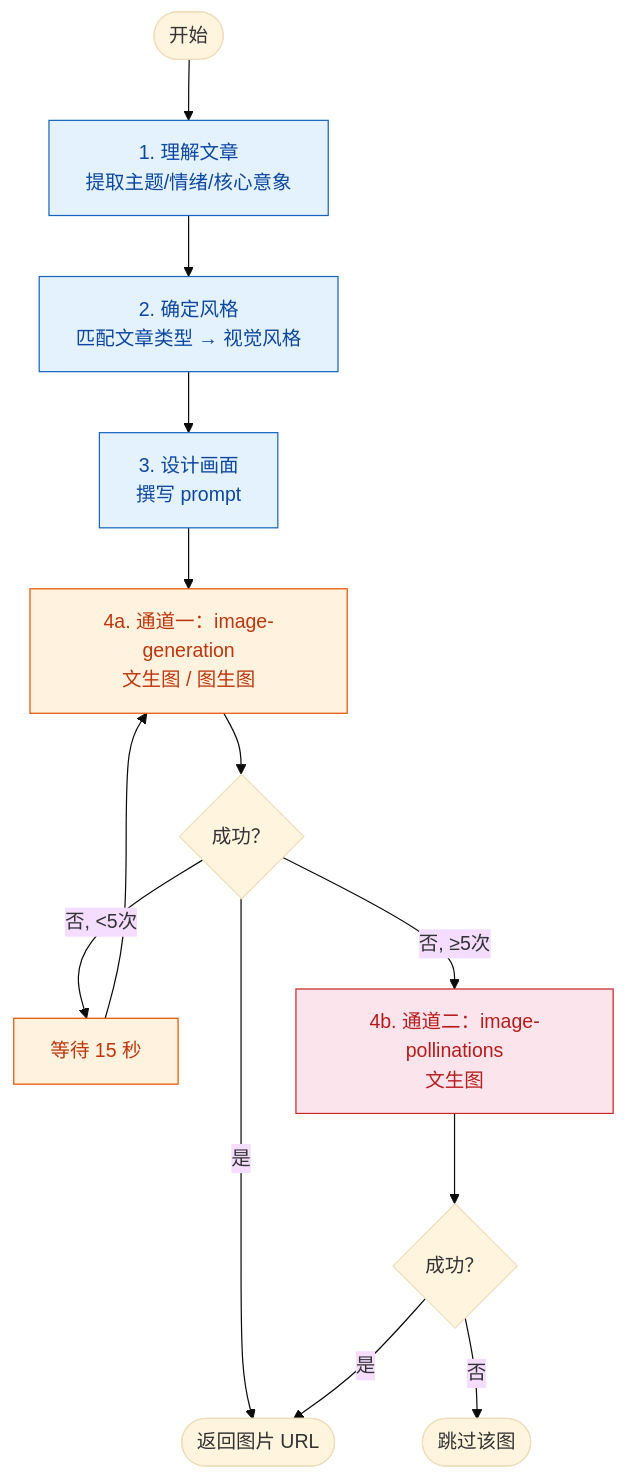
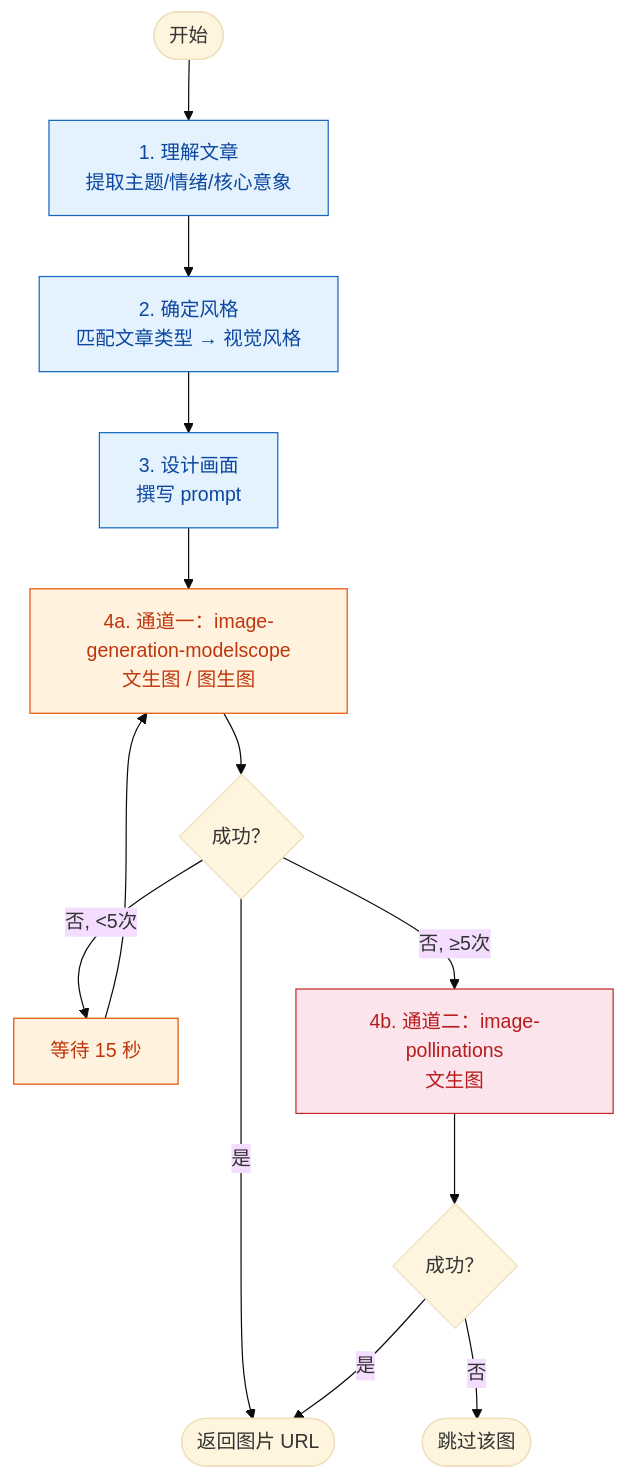
Before and after one commit to bruce1977/penbot: the diagram in .opencode/agents/illustrator.md, drawn with Mermaid (base theme). The commit also changed other lines of this file and 17 other files, not shown here.

````diff
--- a/.opencode/agents/illustrator.md
+++ b/.opencode/agents/illustrator.md
@@ -22,25 +22,25 @@
 ```mermaid
 flowchart TD
     classDef phase fill:#e3f2fd,stroke:#1565c0,stroke-width:1px,color:#0d47a1
     classDef action fill:#fff3e0,stroke:#e65100,stroke-width:1px,color:#bf360c
     classDef fallback fill:#fce4ec,stroke:#c62828,stroke-width:1px,color:#b71c1c
     classDef output fill:#e8f5e9,stroke:#2e7d32,stroke-width:1px,color:#1b5e20
 
     S([开始]) --> A1[1. 理解文章<br/>提取主题/情绪/核心意象]
     A1 --> A2[2. 确定风格<br/>匹配文章类型 → 视觉风格]
     A2 --> A3[3. 设计画面<br/>撰写 prompt]
-    A3 --> P1[4a. 通道一：image-generation<br/>文生图 / 图生图]
+    A3 -->     P1[4a. 通道一：image-generation-modelscope<br/>文生图 / 图生图]
     P1 --> RETRY{成功？}
     RETRY -->|否, <5次| P1_WAIT[等待 15 秒] --> P1
     RETRY -->|否, ≥5次| P2[4b. 通道二：image-pollinations<br/>文生图]
     RETRY -->|是| E([返回图片 URL])
     P2 --> P2_OK{成功？}
     P2_OK -->|是| E
     P2_OK -->|否| SKIP([跳过该图])
 
     class S,E,SKIP startend
     class A1,A2,A3 phase
     class P1,P1_WAIT action
     class P2 fallback
     class RETRY,P2_OK decision
 ```
````
